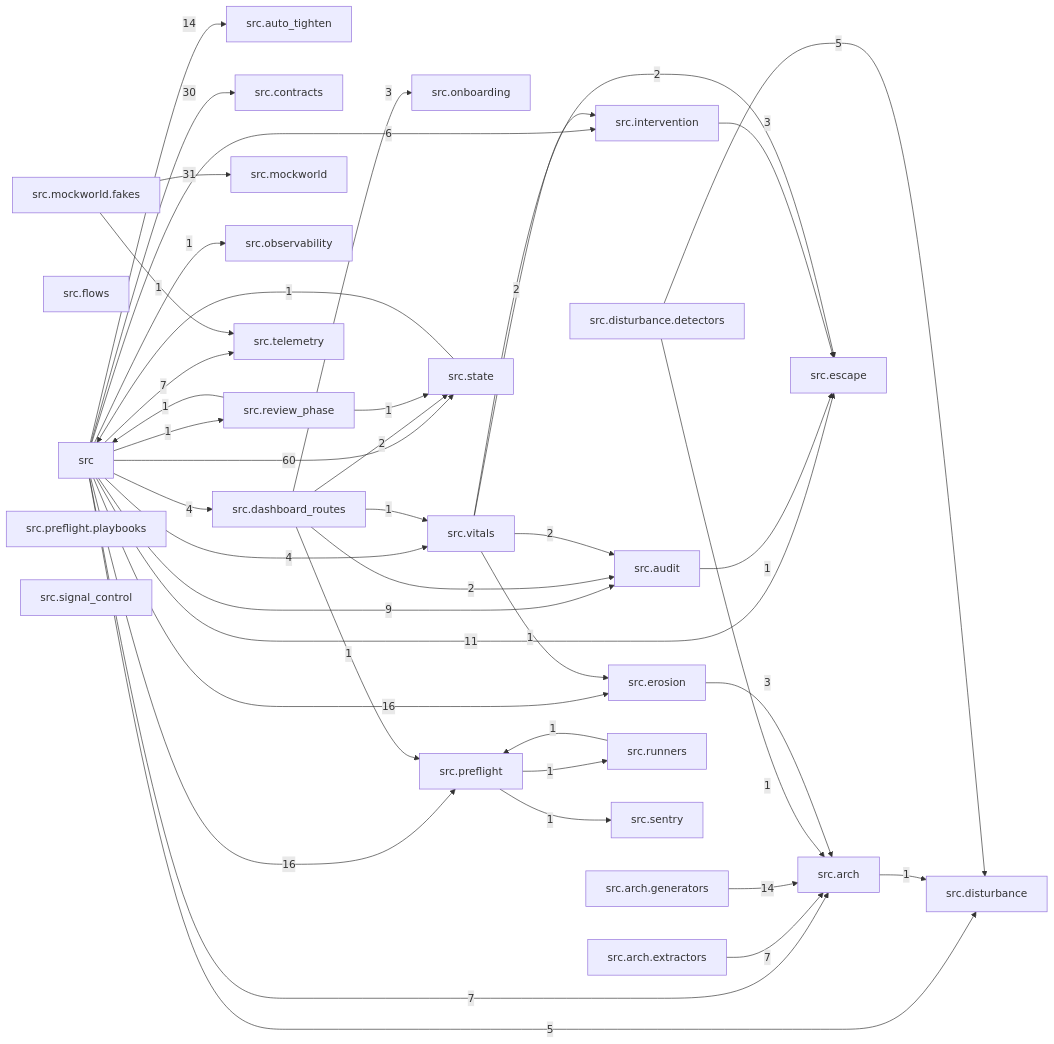
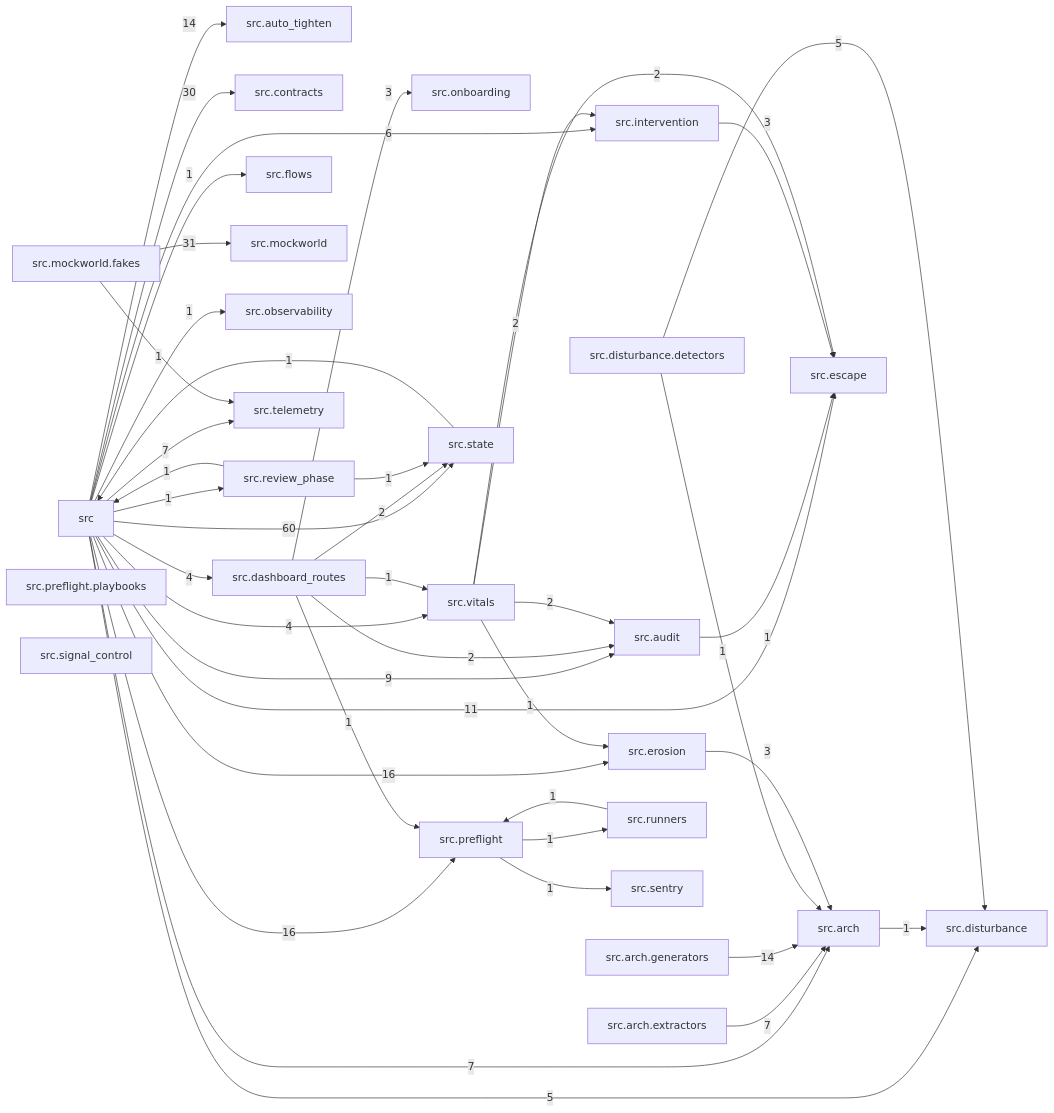
Before and after one commit to T-rav/hydraflow: the diagram in docs/arch/generated/modules.md, drawn with Mermaid. The commit also changed 5 other files, not shown here.

````diff
--- a/docs/arch/generated/modules.md
+++ b/docs/arch/generated/modules.md
@@ -7,70 +7,71 @@
 ```mermaid
 graph LR
     src["src"]
     src_arch["src.arch"]
     src_arch_extractors["src.arch.extractors"]
     src_arch_generators["src.arch.generators"]
     src_audit["src.audit"]
     src_auto_tighten["src.auto_tighten"]
     src_contracts["src.contracts"]
     src_dashboard_routes["src.dashboard_routes"]
     src_disturbance["src.disturbance"]
     src_disturbance_detectors["src.disturbance.detectors"]
     src_erosion["src.erosion"]
     src_escape["src.escape"]
     src_flows["src.flows"]
     src_intervention["src.intervention"]
     src_mockworld["src.mockworld"]
     src_mockworld_fakes["src.mockworld.fakes"]
     src_observability["src.observability"]
     src_onboarding["src.onboarding"]
     src_preflight["src.preflight"]
     src_preflight_playbooks["src.preflight.playbooks"]
     src_review_phase["src.review_phase"]
     src_runners["src.runners"]
     src_sentry["src.sentry"]
     src_signal_control["src.signal_control"]
     src_state["src.state"]
     src_telemetry["src.telemetry"]
     src_vitals["src.vitals"]
     src -- "7" --> src_arch
     src -- "9" --> src_audit
     src -- "14" --> src_auto_tighten
     src -- "30" --> src_contracts
     src -- "4" --> src_dashboard_routes
     src -- "5" --> src_disturbance
     src -- "16" --> src_erosion
     src -- "11" --> src_escape
+    src -- "1" --> src_flows
     src -- "6" --> src_intervention
     src -- "1" --> src_observability
     src -- "16" --> src_preflight
     src -- "1" --> src_review_phase
     src -- "60" --> src_state
     src -- "7" --> src_telemetry
     src -- "4" --> src_vitals
     src_arch -- "1" --> src_disturbance
     src_arch_extractors -- "7" --> src_arch
     src_arch_generators -- "14" --> src_arch
     src_audit -- "1" --> src_escape
     src_dashboard_routes -- "2" --> src_audit
     src_dashboard_routes -- "3" --> src_onboarding
     src_dashboard_routes -- "1" --> src_preflight
     src_dashboard_routes -- "2" --> src_state
     src_dashboard_routes -- "1" --> src_vitals
     src_disturbance_detectors -- "1" --> src_arch
     src_disturbance_detectors -- "5" --> src_disturbance
     src_erosion -- "3" --> src_arch
     src_intervention -- "3" --> src_escape
     src_mockworld_fakes -- "31" --> src_mockworld
     src_mockworld_fakes -- "1" --> src_telemetry
     src_preflight -- "1" --> src_runners
     src_preflight -- "1" --> src_sentry
     src_review_phase -- "1" --> src
     src_review_phase -- "1" --> src_state
     src_runners -- "1" --> src_preflight
     src_state -- "1" --> src
     src_vitals -- "2" --> src_audit
     src_vitals -- "1" --> src_erosion
     src_vitals -- "2" --> src_escape
     src_vitals -- "2" --> src_intervention
 ```
````
